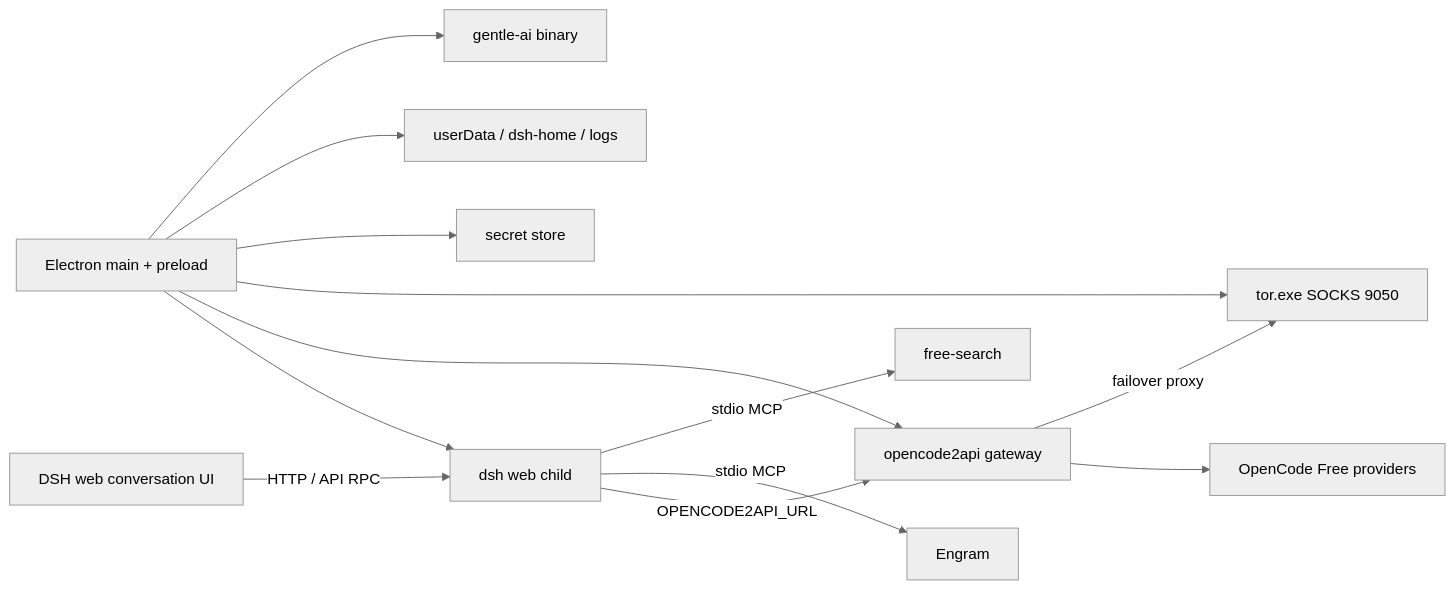
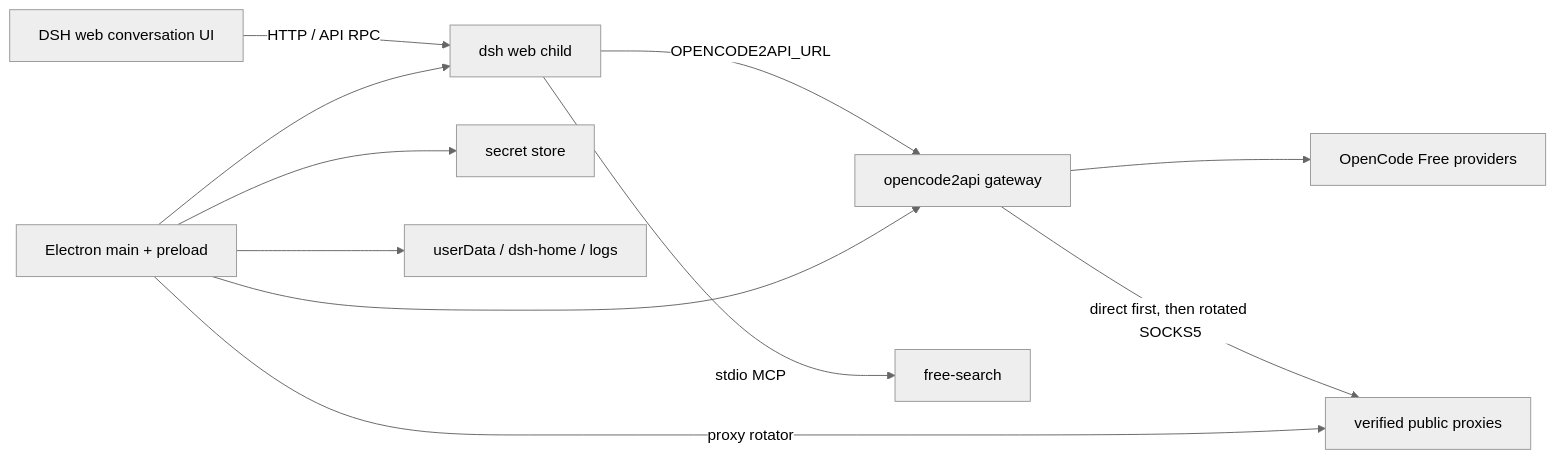
Before and after one commit to Akunimal/free-code-deepseek-harness: the diagram in docs/ARCHITECTURE.md, drawn with Mermaid (neutral theme). The commit also changed other lines of this file and 156 other files, not shown here.

First line of the commit message:
feat: release 1.0.0 — proxy lane, no Tor/Gentle AI/Engram, runtime alpha.11

````diff
--- a/docs/ARCHITECTURE.md
+++ b/docs/ARCHITECTURE.md
@@ -9,15 +9,13 @@
 ```mermaid
 flowchart LR
   UI[DSH web conversation UI] -->|HTTP / API RPC| DSH[dsh web child]
   DSH -->|OPENCODE2API_URL| GW[opencode2api gateway]
   GW --> O[OpenCode Free providers]
-  GW -->|failover proxy| TOR[tor.exe SOCKS 9050]
-  DSH -->|stdio MCP| ENGRAM[Engram]
+  GW -->|direct first, then rotated SOCKS5| PX[verified public proxies]
   DSH -->|stdio MCP| SEARCH[free-search]
   SHELL[Electron main + preload] --> DSH
   SHELL --> GW
-  SHELL --> TOR
+  SHELL -->|proxy rotator| PX
   SHELL --> VAULT[secret store]
   SHELL --> DATA[userData / dsh-home / logs]
-  SHELL --> GAI[gentle-ai binary]
 ```
````
